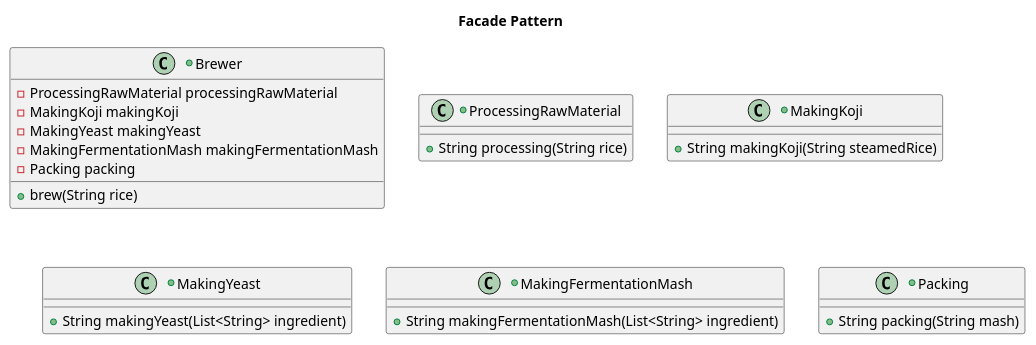
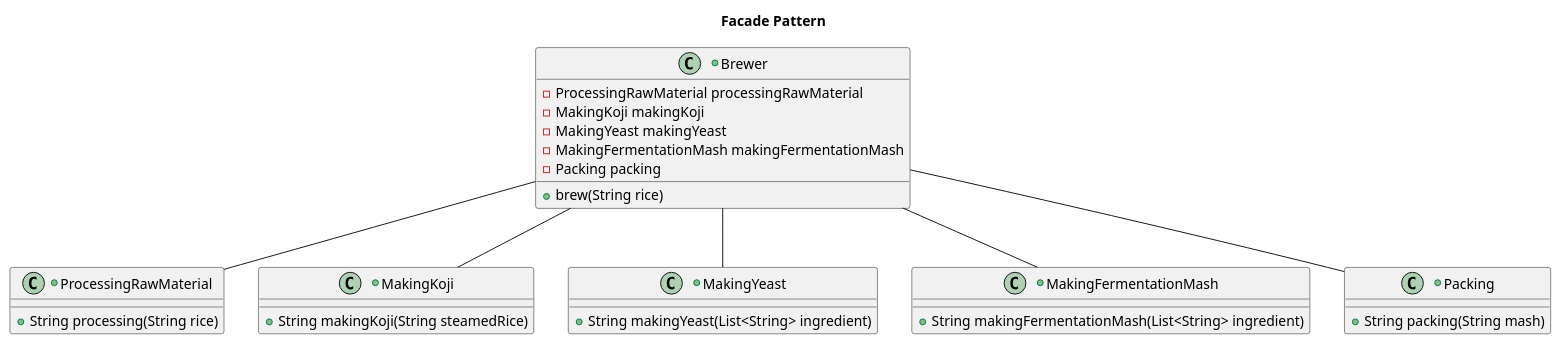
Before and after one commit to Shukupon/design-patterns: the diagram in UML/facade.pu, drawn with PlantUML.

Commit message:
Facade PatternのUMLを修正

```diff
--- a/UML/facade.pu
+++ b/UML/facade.pu
@@ -1,33 +1,39 @@
 @startuml
 title Facade Pattern
+
+Brewer -- ProcessingRawMaterial
+Brewer -- MakingKoji
+Brewer -- MakingYeast
+Brewer -- MakingFermentationMash
+Brewer -- Packing
 
 +class Brewer {
     - ProcessingRawMaterial processingRawMaterial
     - MakingKoji makingKoji
     - MakingYeast makingYeast
     - MakingFermentationMash makingFermentationMash
     - Packing packing
     + brew(String rice)
 }
 
 +class ProcessingRawMaterial {
     + String processing(String rice)
 }
 
 +class MakingKoji {
     + String makingKoji(String steamedRice)
 }
 
 +class MakingYeast {
     + String makingYeast(List<String> ingredient)
 }
 
 +class MakingFermentationMash {
     + String makingFermentationMash(List<String> ingredient)
 }
 
 +class Packing {
     + String packing(String mash)
 }
 
 @enduml
```
